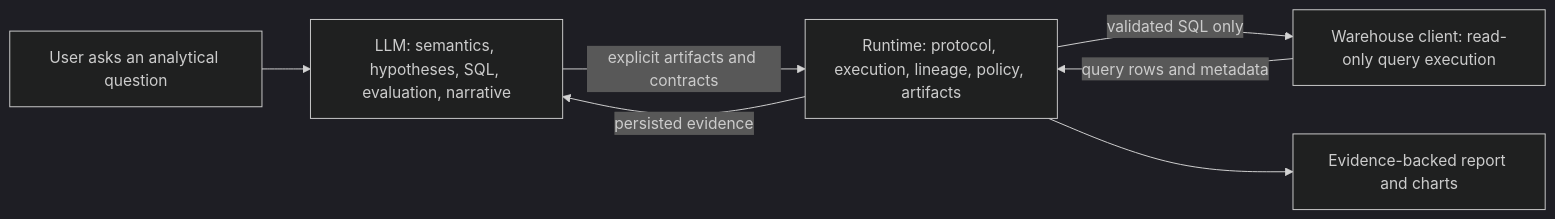
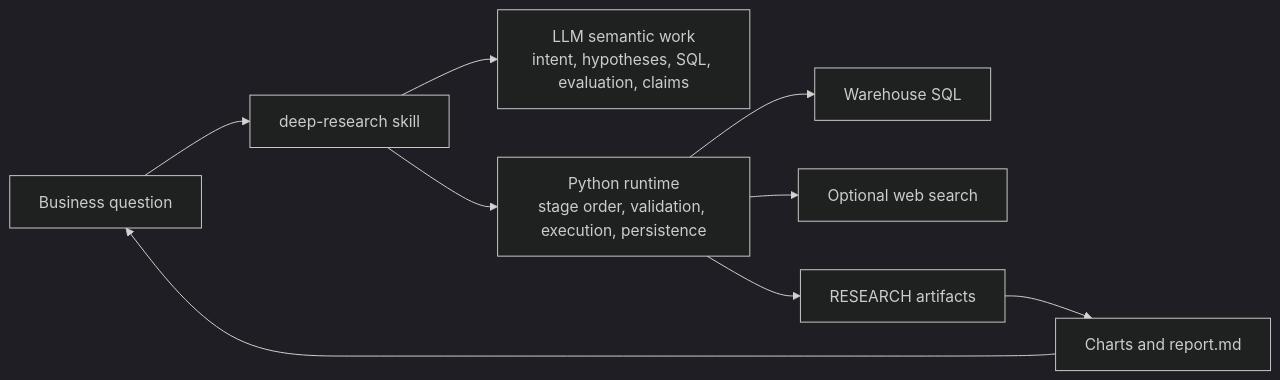
Before and after one commit to diankong720-ui/Data-Pandora: the first of 4 diagrams in README.md, drawn with Mermaid (dark theme). The commit also changed other lines of this file and 37 other files, not shown here.

````diff
--- a/README.md
+++ b/README.md
@@ -38,15 +17,11 @@
 ```mermaid
 flowchart LR
-    User["User asks an analytical question"]
-    LLM["LLM: semantics, hypotheses, SQL, evaluation, narrative"]
-    Runtime["Runtime: protocol, execution, lineage, policy, artifacts"]
-    Warehouse["Warehouse client: read-only query execution"]
-    Report["Evidence-backed report and charts"]
-
-    User --> LLM
-    LLM -->|"explicit artifacts and contracts"| Runtime
-    Runtime -->|"validated SQL only"| Warehouse
-    Warehouse -->|"query rows and metadata"| Runtime
-    Runtime -->|"persisted evidence"| LLM
-    Runtime --> Report
+  User["Business question"] --> Skill["deep-research skill"]
+  Skill --> LLM["LLM semantic work<br/>intent, hypotheses, SQL, evaluation, claims"]
+  Skill --> Runtime["Python runtime<br/>stage order, validation, execution, persistence"]
+  Runtime --> Warehouse["Warehouse SQL"]
+  Runtime --> Web["Optional web search"]
+  Runtime --> Artifacts["RESEARCH artifacts"]
+  Artifacts --> Charts["Charts and report.md"]
+  Charts --> User
 ```
````
